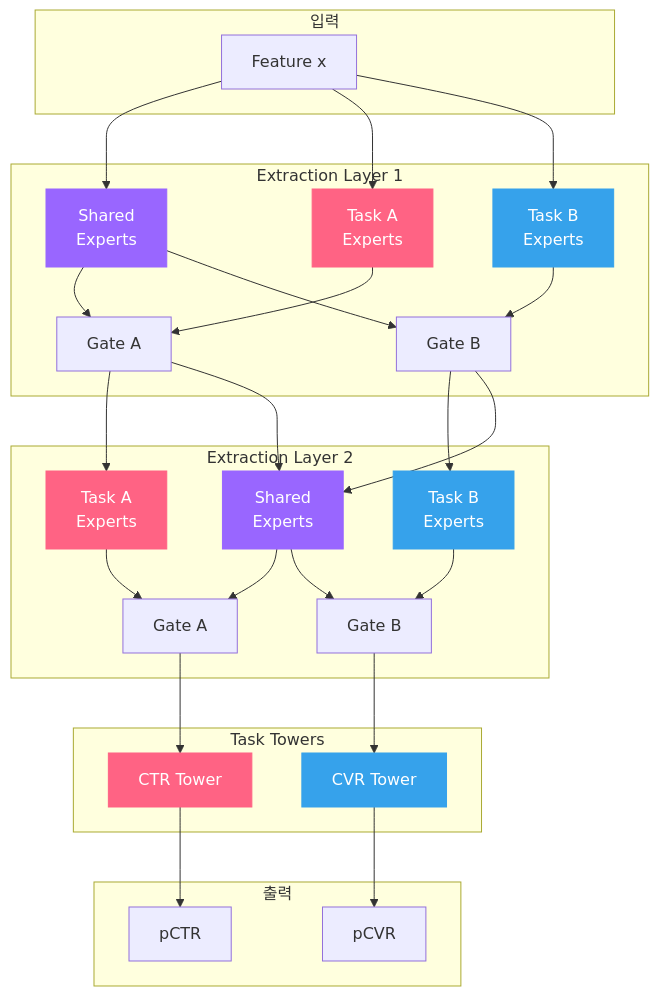
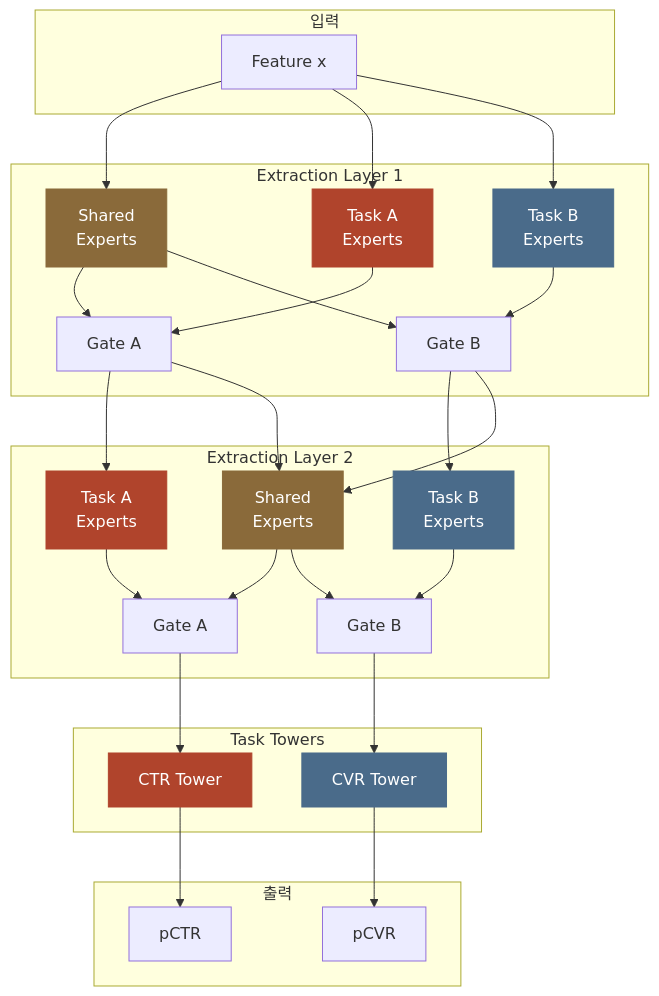
One commit to chkimsu/adtech-blog changed the fifth of 5 diagrams in posts/multi-task-learning.md. Above: the diagram before and after it, drawn with Mermaid. The commit also changed other lines of this file and 40 other files, not shown here.

````diff
--- a/posts/multi-task-learning.md
+++ b/posts/multi-task-learning.md
@@ -623,63 +623,63 @@
 ```mermaid
 graph TD
     subgraph Input["입력"]
         X["Feature x"]
     end
 
     subgraph Layer1["Extraction Layer 1"]
         SE1["Shared<br/>Experts"]
         TE1A["Task A<br/>Experts"]
         TE1B["Task B<br/>Experts"]
         G1A["Gate A"]
         G1B["Gate B"]
     end
 
     subgraph Layer2["Extraction Layer 2"]
         SE2["Shared<br/>Experts"]
         TE2A["Task A<br/>Experts"]
         TE2B["Task B<br/>Experts"]
         G2A["Gate A"]
         G2B["Gate B"]
     end
 
     subgraph Towers["Task Towers"]
         TA["CTR Tower"]
         TB["CVR Tower"]
     end
 
     subgraph Out["출력"]
         OA["pCTR"]
         OB["pCVR"]
     end
 
     X --> SE1
     X --> TE1A
     X --> TE1B
 
     SE1 --> G1A
     TE1A --> G1A
     SE1 --> G1B
     TE1B --> G1B
 
     G1A --> TE2A
     G1A --> SE2
     G1B --> TE2B
     G1B --> SE2
 
     SE2 --> G2A
     TE2A --> G2A
     SE2 --> G2B
     TE2B --> G2B
 
     G2A --> TA --> OA
     G2B --> TB --> OB
 
-    style SE1 fill:#9966ff,stroke:#9966ff,color:#fff
-    style SE2 fill:#9966ff,stroke:#9966ff,color:#fff
-    style TE1A fill:#ff6384,stroke:#ff6384,color:#fff
-    style TE2A fill:#ff6384,stroke:#ff6384,color:#fff
-    style TE1B fill:#36a2eb,stroke:#36a2eb,color:#fff
-    style TE2B fill:#36a2eb,stroke:#36a2eb,color:#fff
-    style TA fill:#ff6384,stroke:#ff6384,color:#fff
-    style TB fill:#36a2eb,stroke:#36a2eb,color:#fff
+    style SE1 fill:#8a6a3a,stroke:#8a6a3a,color:#fff
+    style SE2 fill:#8a6a3a,stroke:#8a6a3a,color:#fff
+    style TE1A fill:#b0442c,stroke:#b0442c,color:#fff
+    style TE2A fill:#b0442c,stroke:#b0442c,color:#fff
+    style TE1B fill:#4a6b8a,stroke:#4a6b8a,color:#fff
+    style TE2B fill:#4a6b8a,stroke:#4a6b8a,color:#fff
+    style TA fill:#b0442c,stroke:#b0442c,color:#fff
+    style TB fill:#4a6b8a,stroke:#4a6b8a,color:#fff
 ```
````
